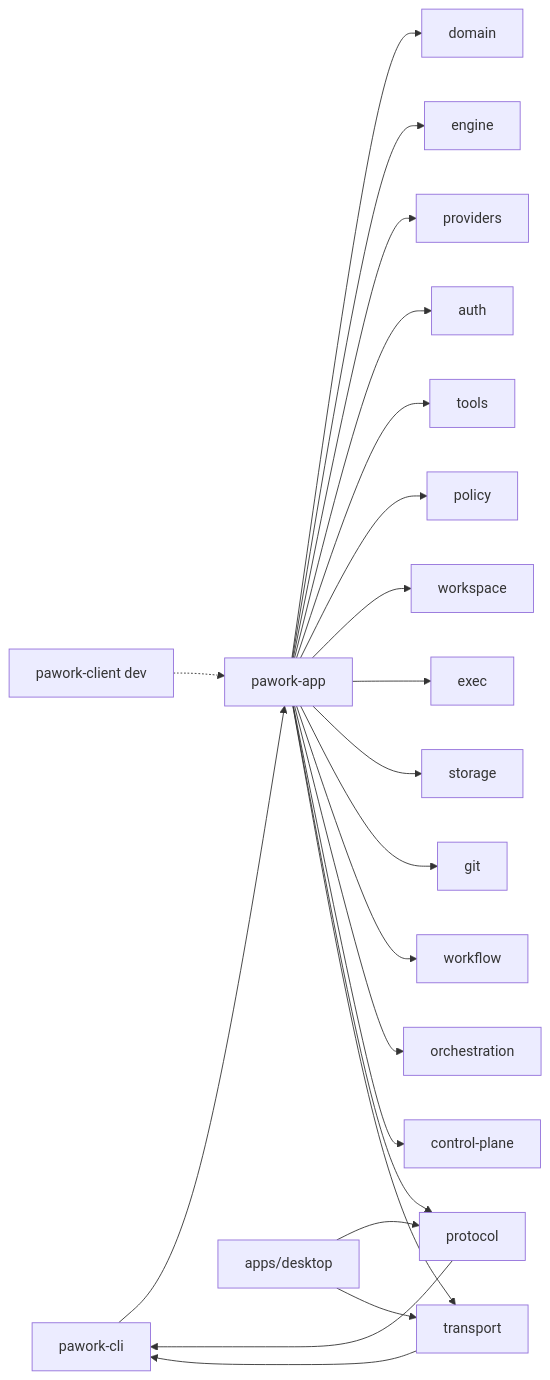
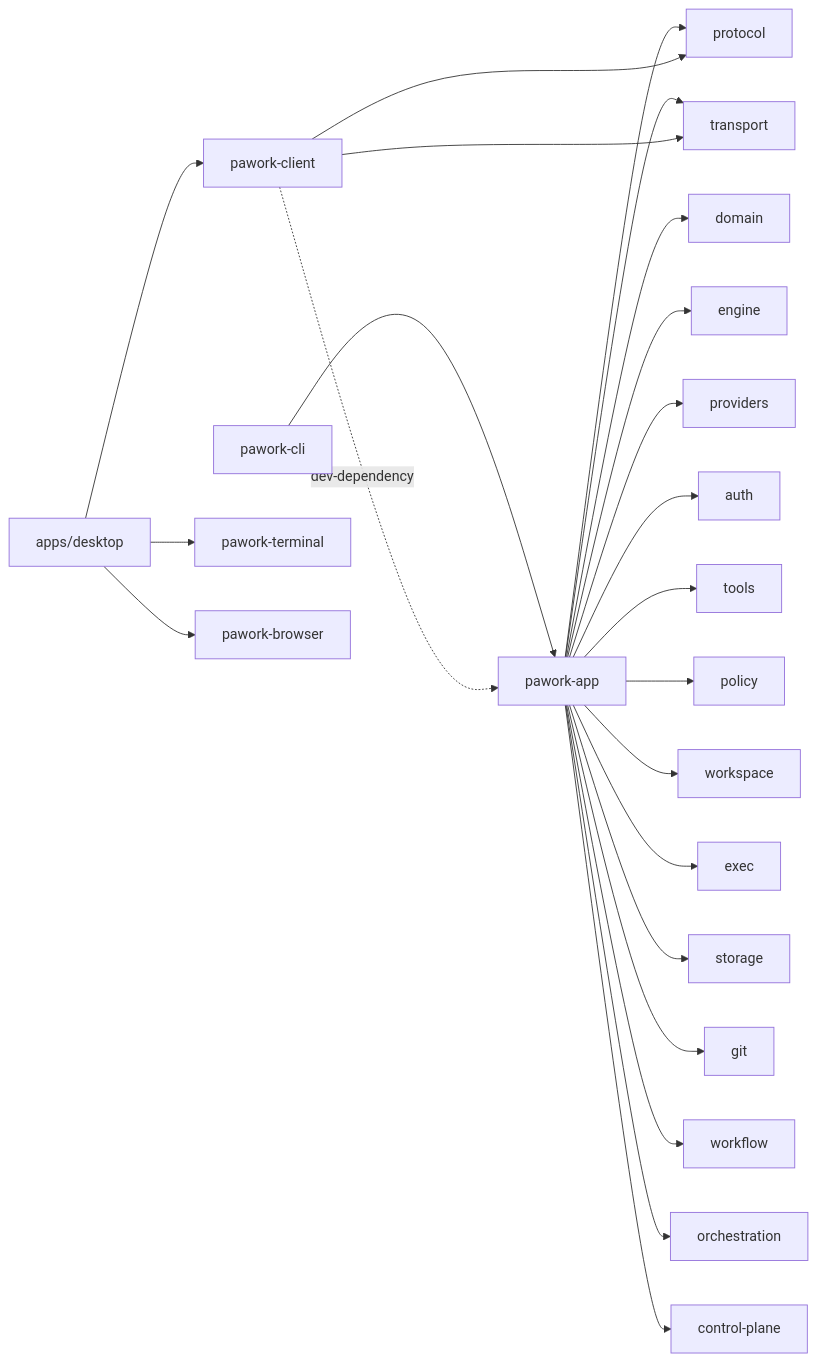
One commit to expcat/Pawork changed the diagram in docs/review/backend/app.md. Above: the diagram before and after it, drawn with Mermaid. The commit also changed other lines of this file and 139 other files, not shown here.

````diff
--- a/docs/review/backend/app.md
+++ b/docs/review/backend/app.md
@@ -808,24 +375,25 @@
 ```mermaid
 graph LR
   cli[pawork-cli] --> app[pawork-app]
   app --> domain
   app --> engine
   app --> providers
   app --> auth
   app --> tools
   app --> policy
   app --> workspace
   app --> exec
   app --> storage
   app --> git
   app --> workflow
   app --> orchestration
   app --> controlPlane[control-plane]
   app --> protocol
   app --> transport
-  desktop[apps/desktop] --> protocol
-  desktop --> transport
-  protocol --> cli
-  transport --> cli
-  client[pawork-client dev] -.-> app
+  desktop[apps/desktop] --> client[pawork-client]
+  desktop --> terminalLib[pawork-terminal]
+  desktop --> browserLib[pawork-browser]
+  client --> protocol
+  client --> transport
+  client -.->|dev-dependency| app
 ```
````
